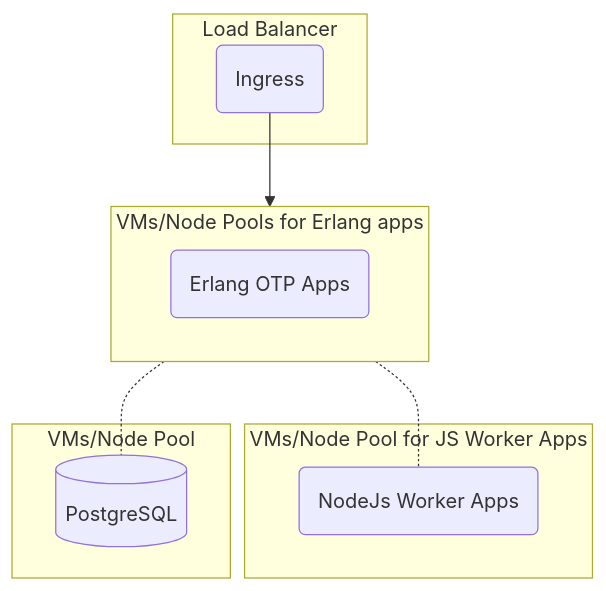
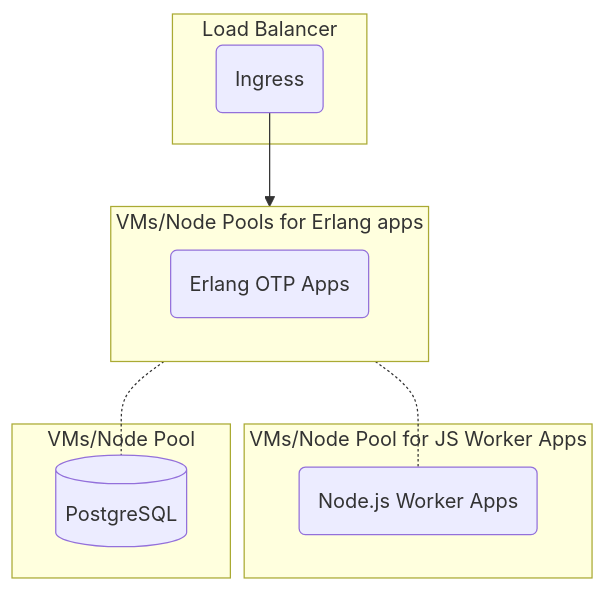
One commit to OpenFn/docs changed the third of 3 diagrams in docs/deploy/requirements.md. Above: the diagram before and after it, drawn with Mermaid. The commit also changed other lines of this file and 8 other files, not shown here.

````diff
--- a/docs/deploy/requirements.md
+++ b/docs/deploy/requirements.md
@@ -143,19 +142,19 @@
 ```mermaid
 flowchart TB
   ex1-.-db1
   ex1-.-js1
   lb1-->ex1
   subgraph "Load Balancer"
     lb1(Ingress)
   end
   subgraph "VMs/Node Pools for Erlang apps"
     direction LR
     ex1(Erlang OTP Apps)
   end
   subgraph "VMs/Node Pool for JS Worker Apps"
-    js1(NodeJs Worker Apps)
+    js1(Node.js Worker Apps)
   end
   subgraph "VMs/Node Pool"
     db1[(PostgreSQL)]
   end
 ```
````
